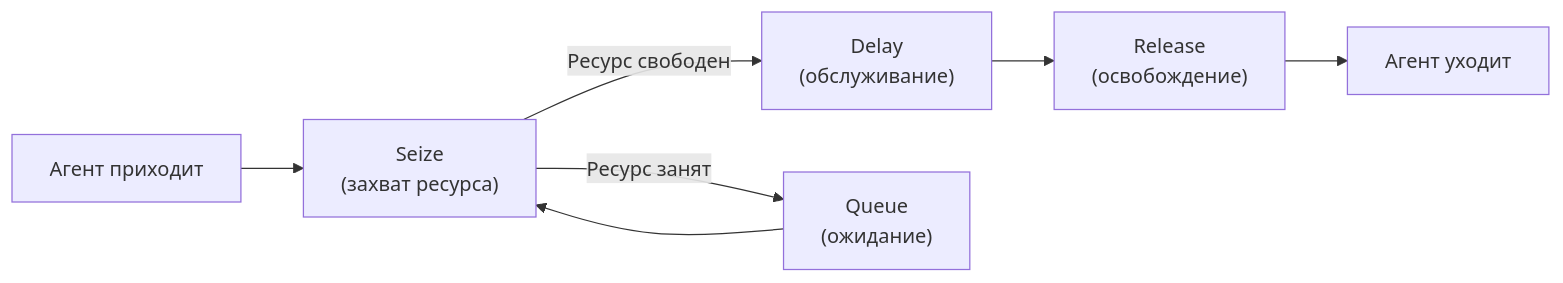
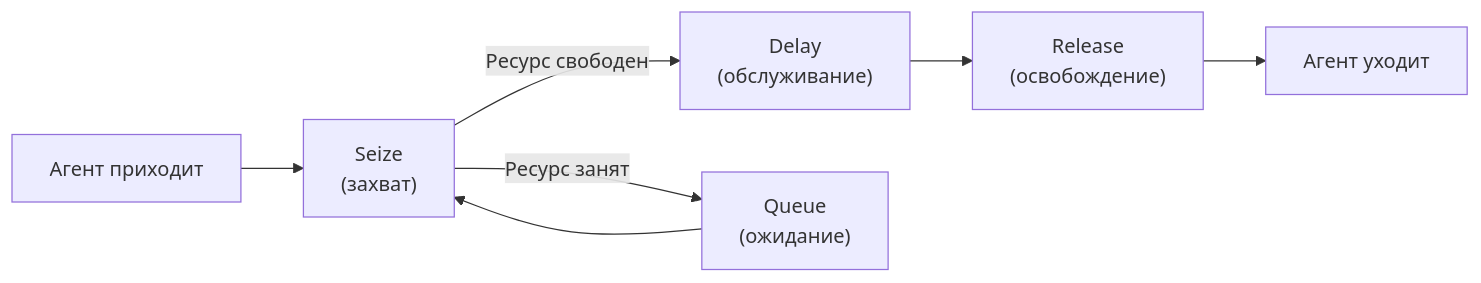
The third of 5 diagrams in docs/04-discrete-event.md (stareeg/simulation-modeling-notes), drawn with Mermaid before and after one commit. The commit also changed other lines of this file and 14 other files, not shown here.

````diff
--- a/docs/04-discrete-event.md
+++ b/docs/04-discrete-event.md
@@ -204,13 +197,9 @@
 ```mermaid
 flowchart LR
-    A[Агент приходит] --> B["Seize
-    (захват ресурса)"]
-    B -->|Ресурс свободен| C["Delay
-    (обслуживание)"]
-    B -->|Ресурс занят| D["Queue
-    (ожидание)"]
+    A[Агент приходит] --> B["Seize<br/>(захват)"]
+    B -->|Ресурс свободен| C["Delay<br/>(обслуживание)"]
+    B -->|Ресурс занят| D["Queue<br/>(ожидание)"]
     D --> B
-    C --> E["Release
-    (освобождение)"]
+    C --> E["Release<br/>(освобождение)"]
     E --> F[Агент уходит]
 ```
````
